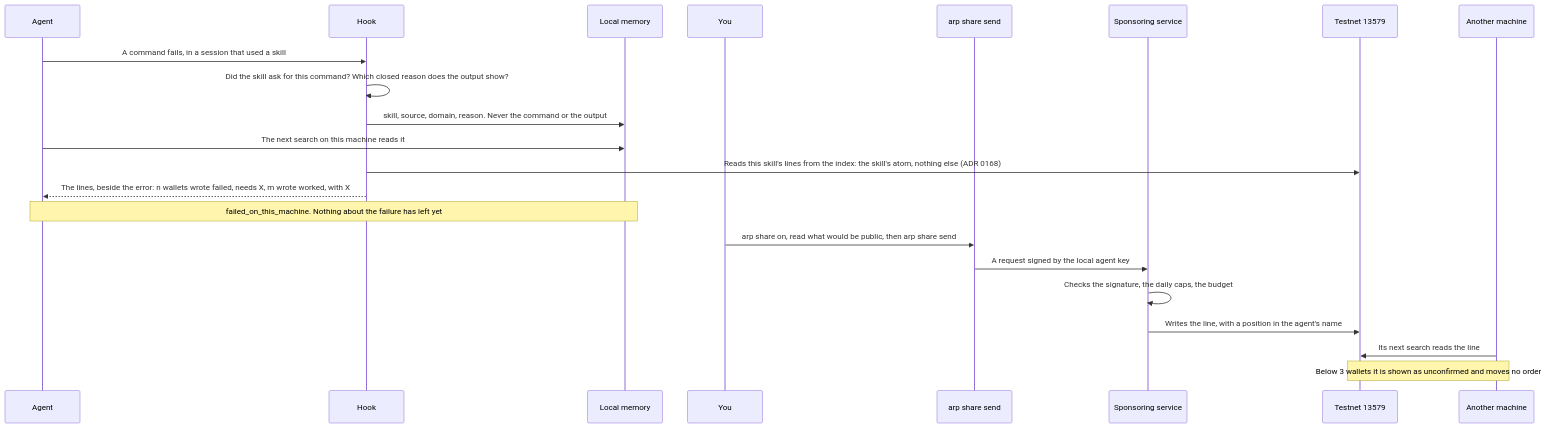
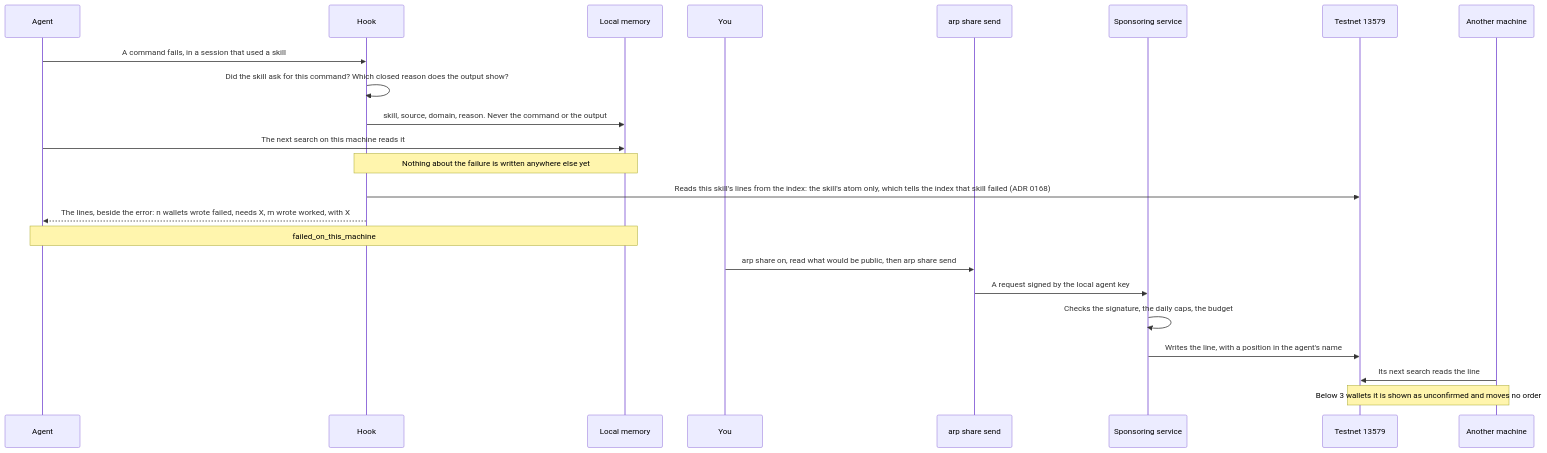
Before and after one commit to intuition-box/ARP: the diagram in apps/web/public/docs/local-memory.md, drawn with Mermaid. The commit also changed other lines of this file and 4 other files, not shown here.

First line of the commit message:
docs(task-99): say the read itself tells the index which skill failed

````diff
--- a/apps/web/public/docs/local-memory.md
+++ b/apps/web/public/docs/local-memory.md
@@ -20,25 +20,26 @@
 ```mermaid
 sequenceDiagram
     participant A as Agent
     participant H as Hook
     participant M as Local memory
     participant P as You
     participant S as arp share send
     participant V as Sponsoring service
     participant C as Testnet 13579
     participant O as Another machine
 
     A->>H: A command fails, in a session that used a skill
     H->>H: Did the skill ask for this command? Which closed reason does the output show?
     H->>M: skill, source, domain, reason. Never the command or the output
     A->>M: The next search on this machine reads it
-    H->>C: Reads this skill's lines from the index: the skill's atom, nothing else (ADR 0168)
+    Note over H,M: Nothing about the failure is written anywhere else yet
+    H->>C: Reads this skill's lines from the index: the skill's atom only, which tells the index that skill failed (ADR 0168)
     H-->>A: The lines, beside the error: n wallets wrote failed, needs X, m wrote worked, with X
-    Note over A,M: failed_on_this_machine. Nothing about the failure has left yet
+    Note over A,M: failed_on_this_machine
     P->>S: arp share on, read what would be public, then arp share send
     S->>V: A request signed by the local agent key
     V->>V: Checks the signature, the daily caps, the budget
     V->>C: Writes the line, with a position in the agent's name
     O->>C: Its next search reads the line
     Note over O,C: Below 3 wallets it is shown as unconfirmed and moves no order
 ```
````
